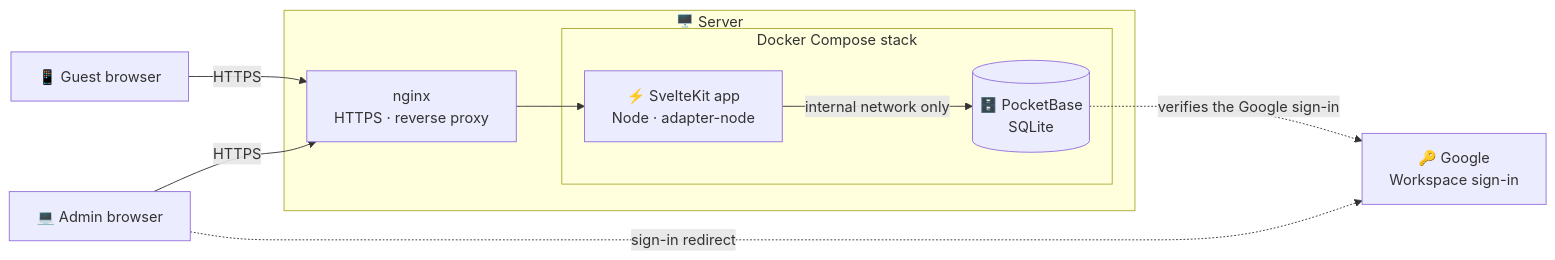
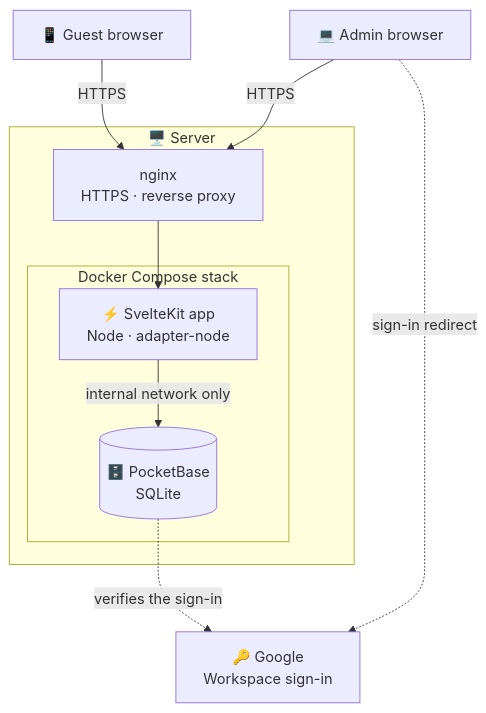
One commit to MorpheusMXML/hamburn-cozynights changed the first of 3 diagrams in docs/reference/architecture.md. Above: the diagram before and after it, drawn with Mermaid. The commit also changed 4 other files, not shown here.

First line of the commit message:
docs: render Mermaid labels in page context and compact wide diagrams

````diff
--- a/docs/reference/architecture.md
+++ b/docs/reference/architecture.md
@@ -7,21 +7,21 @@
 ```mermaid
-flowchart LR
+flowchart TB
   guest["📱 Guest browser"]
   admin["💻 Admin browser"]
   google["🔑 Google<br/>Workspace sign-in"]
 
   subgraph server["🖥️ Server"]
     nginx["nginx<br/>HTTPS · reverse proxy"]
     subgraph docker["Docker Compose stack"]
       app["⚡ SvelteKit app<br/>Node · adapter-node"]
       pb[("🗄️ PocketBase<br/>SQLite")]
     end
   end
 
   guest -- HTTPS --> nginx
   admin -- HTTPS --> nginx
   nginx --> app
   app -- "internal network only" --> pb
   admin -. "sign-in redirect" .-> google
-  pb -. "verifies the Google sign-in" .-> google
+  pb -. "verifies the sign-in" .-> google
 ```
````
